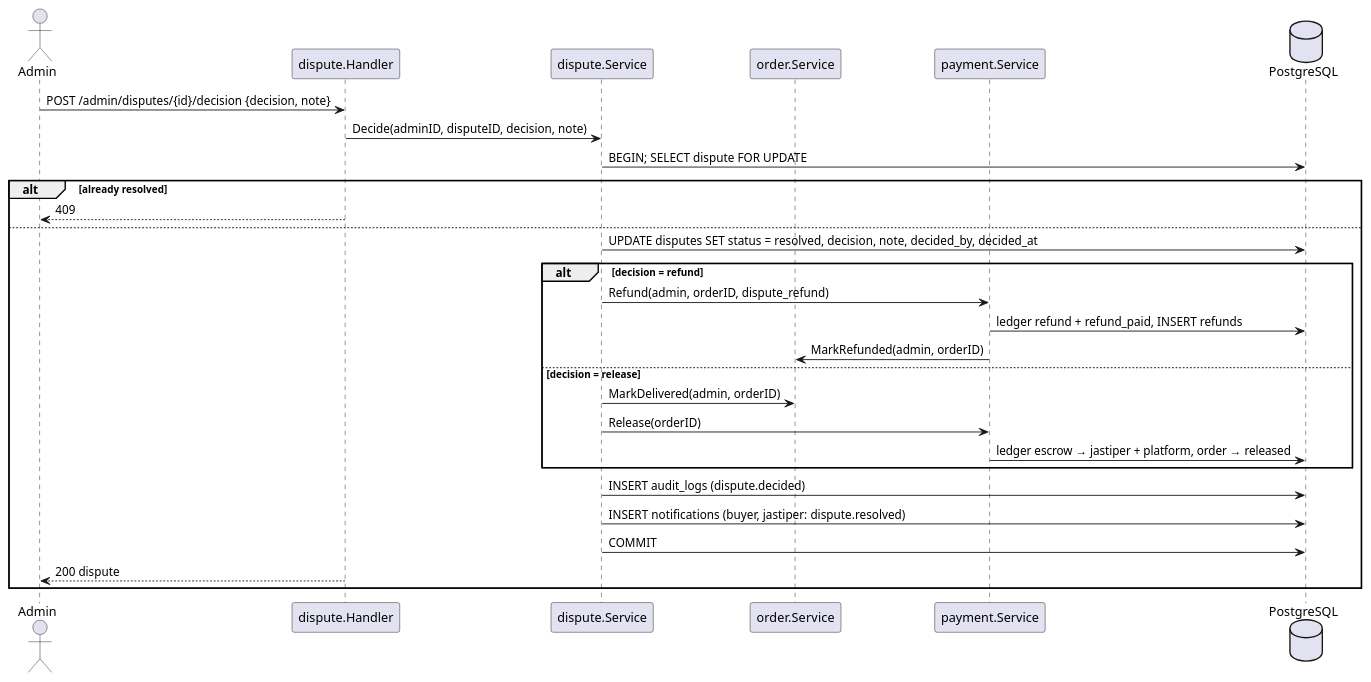
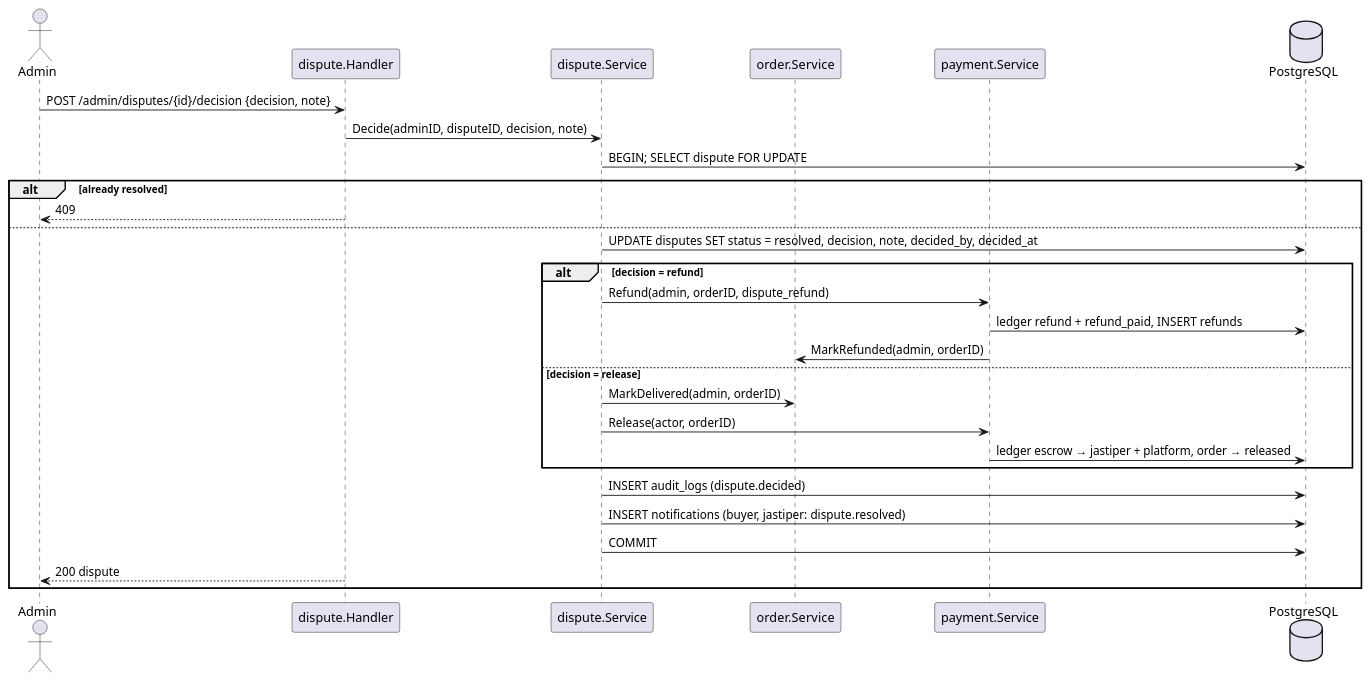
The third of 3 diagrams in docs/features/dispute.md (Titip-Dong/titipdong-be), drawn with PlantUML before and after one commit. The commit also changed 8 other files, not shown here.

````diff
--- a/docs/features/dispute.md
+++ b/docs/features/dispute.md
@@ -206,32 +206,32 @@
 ```plantuml
 @startuml
 actor Admin
 participant "dispute.Handler" as H
 participant "dispute.Service" as S
 participant "order.Service" as O
 participant "payment.Service" as P
 database PostgreSQL as DB
 
 Admin -> H : POST /admin/disputes/{id}/decision {decision, note}
 H -> S : Decide(adminID, disputeID, decision, note)
 S -> DB : BEGIN; SELECT dispute FOR UPDATE
 alt already resolved
   H --> Admin : 409
 else
   S -> DB : UPDATE disputes SET status = resolved, decision, note, decided_by, decided_at
   alt decision = refund
     S -> P : Refund(admin, orderID, dispute_refund)
     P -> DB : ledger refund + refund_paid, INSERT refunds
     P -> O : MarkRefunded(admin, orderID)
   else decision = release
     S -> O : MarkDelivered(admin, orderID)
-    S -> P : Release(orderID)
+    S -> P : Release(actor, orderID)
     P -> DB : ledger escrow → jastiper + platform, order → released
   end
   S -> DB : INSERT audit_logs (dispute.decided)
   S -> DB : INSERT notifications (buyer, jastiper: dispute.resolved)
   S -> DB : COMMIT
   H --> Admin : 200 dispute
 end
 @enduml
 ```
````
